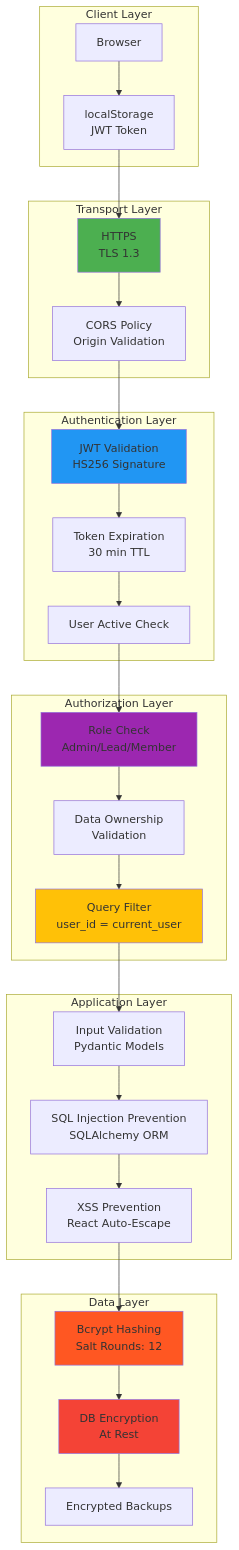
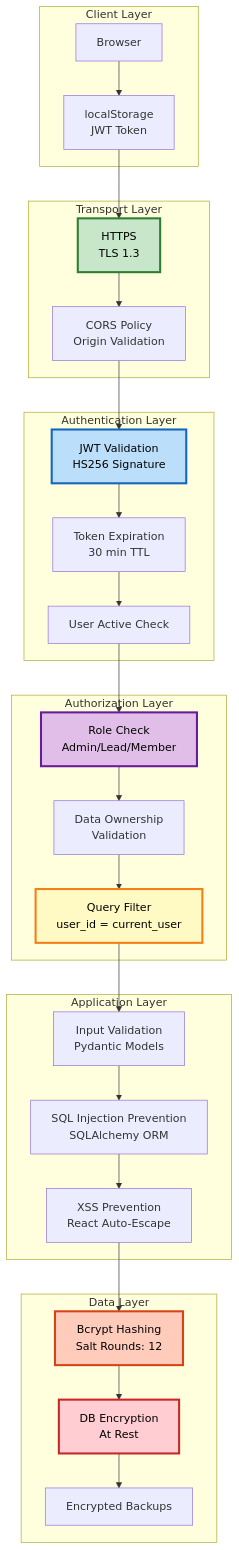
One commit to yash-ganatra/Banking-knowledgeAssistance changed the fifth of 17 diagrams in README.md. Above: the diagram before and after it, drawn with Mermaid. The commit also changed other lines of this file, not shown here.

````diff
--- a/README.md
+++ b/README.md
@@ -841,63 +841,63 @@
 ```mermaid
 graph TB
     subgraph "Client Layer"
         BROWSER[Browser]
         LOCALSTORAGE[localStorage<br/>JWT Token]
     end
     
     subgraph "Transport Layer"
         HTTPS[HTTPS<br/>TLS 1.3]
         CORS[CORS Policy<br/>Origin Validation]
     end
     
     subgraph "Authentication Layer"
         JWT_VERIFY[JWT Validation<br/>HS256 Signature]
         TOKEN_EXP[Token Expiration<br/>30 min TTL]
         USER_ACTIVE[User Active Check]
     end
     
     subgraph "Authorization Layer"
         RBAC[Role Check<br/>Admin/Lead/Member]
         OWNERSHIP[Data Ownership<br/>Validation]
         FILTER[Query Filter<br/>user_id = current_user]
     end
     
     subgraph "Data Layer"
         BCRYPT[Bcrypt Hashing<br/>Salt Rounds: 12]
         DB_ENCRYPT[DB Encryption<br/>At Rest]
         BACKUP[Encrypted Backups]
     end
     
     subgraph "Application Layer"
         INPUT_VAL[Input Validation<br/>Pydantic Models]
         SQL_INJECT[SQL Injection Prevention<br/>SQLAlchemy ORM]
         XSS[XSS Prevention<br/>React Auto-Escape]
     end
     
     BROWSER --> LOCALSTORAGE
     LOCALSTORAGE --> HTTPS
     HTTPS --> CORS
     CORS --> JWT_VERIFY
     
     JWT_VERIFY --> TOKEN_EXP
     TOKEN_EXP --> USER_ACTIVE
     USER_ACTIVE --> RBAC
     
     RBAC --> OWNERSHIP
     OWNERSHIP --> FILTER
     FILTER --> INPUT_VAL
     
     INPUT_VAL --> SQL_INJECT
     SQL_INJECT --> XSS
     XSS --> BCRYPT
     
     BCRYPT --> DB_ENCRYPT
     DB_ENCRYPT --> BACKUP
     
-    style HTTPS fill:#4CAF50
-    style JWT_VERIFY fill:#2196F3
-    style BCRYPT fill:#FF5722
-    style FILTER fill:#FFC107
-    style RBAC fill:#9C27B0
-    style DB_ENCRYPT fill:#F44336
+    style HTTPS fill:#c8e6c9,stroke:#2e7d32,stroke-width:3px,color:#000
+    style JWT_VERIFY fill:#bbdefb,stroke:#1565c0,stroke-width:3px,color:#000
+    style BCRYPT fill:#ffccbc,stroke:#d84315,stroke-width:3px,color:#000
+    style FILTER fill:#fff9c4,stroke:#f57f17,stroke-width:3px,color:#000
+    style RBAC fill:#e1bee7,stroke:#6a1b9a,stroke-width:3px,color:#000
+    style DB_ENCRYPT fill:#ffcdd2,stroke:#c62828,stroke-width:3px,color:#000
 ```
````
